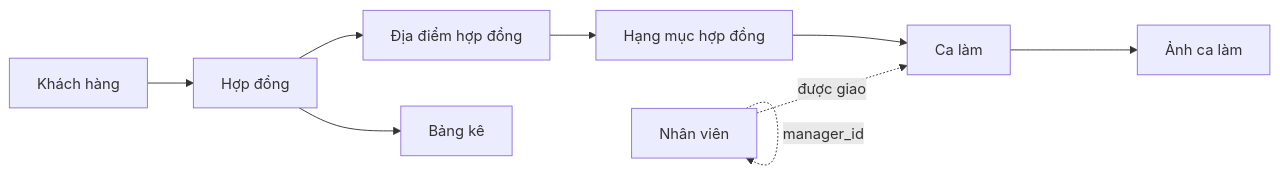
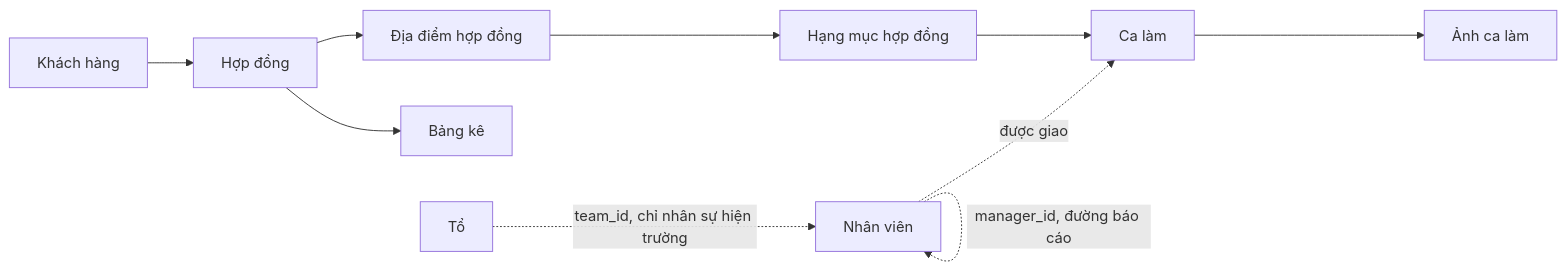
Before and after one commit to dDxCg/contrack: the fourth of 5 diagrams in README.vi.md, drawn with Mermaid. The commit also changed other lines of this file and 4 other files, not shown here.

````diff
--- a/README.vi.md
+++ b/README.vi.md
@@ -171,8 +175,9 @@
 ```mermaid
 flowchart LR
     Customer["Khách hàng"] --> Contract["Hợp đồng"] --> Site["Địa điểm hợp đồng"] --> Item["Hạng mục hợp đồng"] --> Shift["Ca làm"]
     Shift --> Photo["Ảnh ca làm"]
     Contract --> Statement["Bảng kê"]
     Employee["Nhân viên"] -.->|được giao| Shift
-    Employee -.->|manager_id| Employee
+    Employee -.->|manager_id, đường báo cáo| Employee
+    Team["Tổ"] -.->|team_id, chỉ nhân sự hiện trường| Employee
 ```
````
